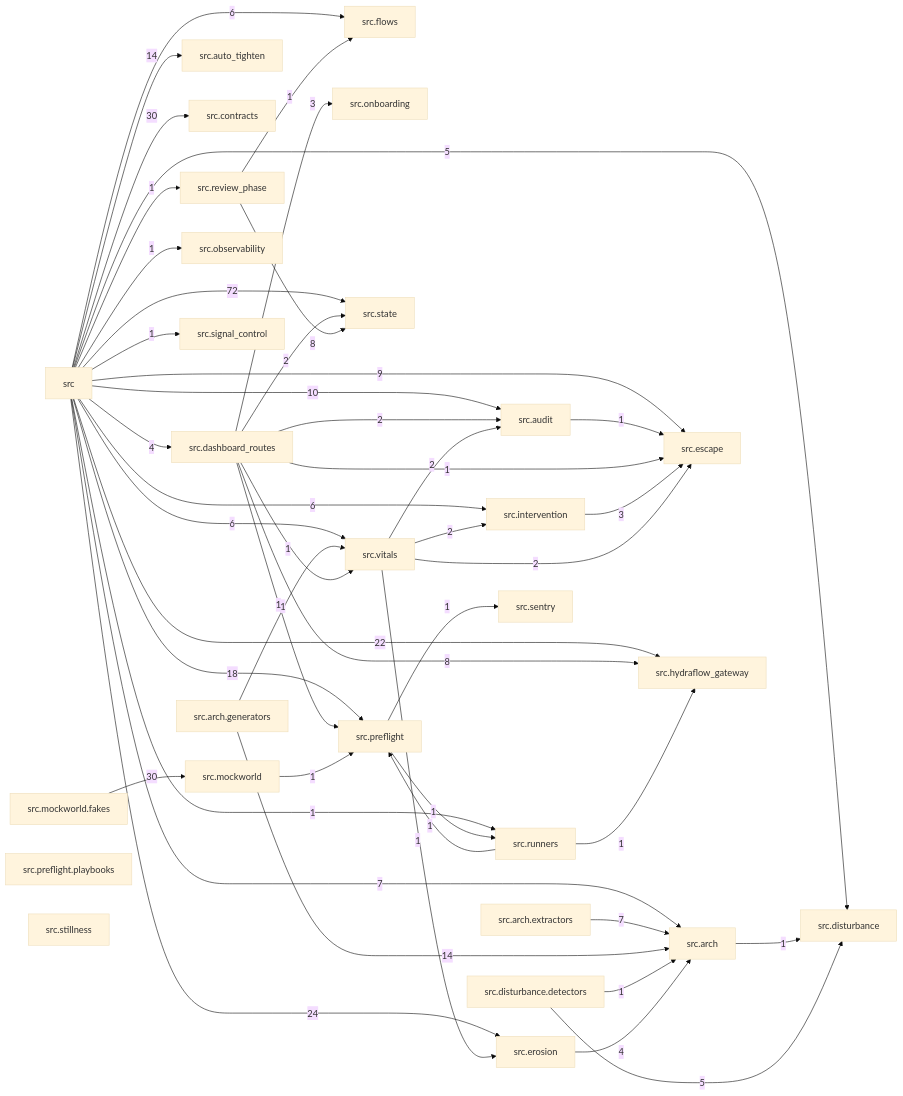
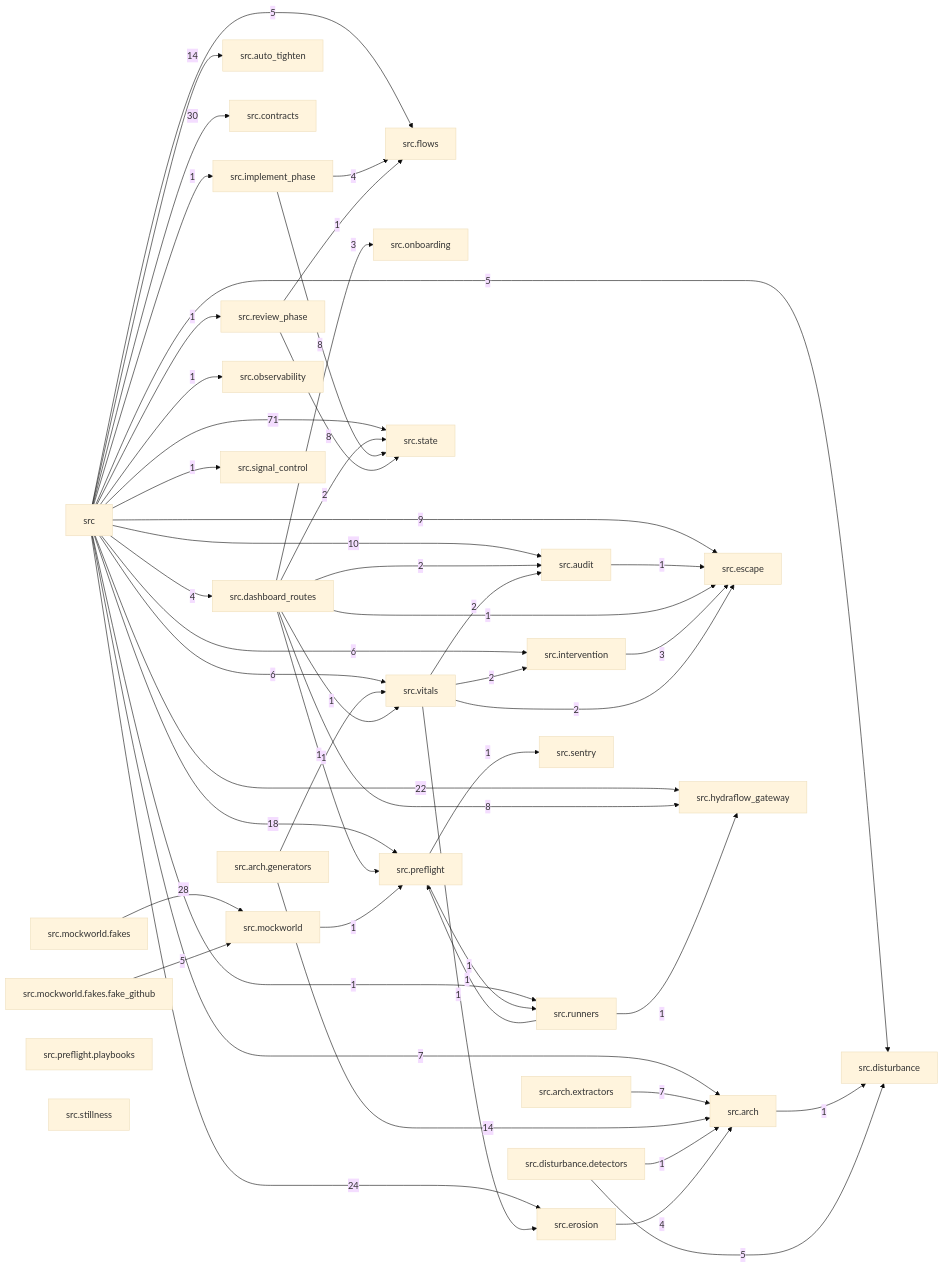
One commit to T-rav/hydraflow changed the diagram in docs/arch/generated/modules.md. Above: the diagram before and after it, drawn with Mermaid (base theme). The commit also changed 49 other files, not shown here.

First line of the commit message:
refactor(implement,mockworld): decompose ImplementPhase and FakeGitHub into mixin packages (#11658)

```diff
--- a/docs/arch/generated/modules.md
+++ b/docs/arch/generated/modules.md
@@ -20,9 +20,11 @@
     src_escape["src.escape"]
     src_flows["src.flows"]
     src_hydraflow_gateway["src.hydraflow_gateway"]
+    src_implement_phase["src.implement_phase"]
     src_intervention["src.intervention"]
     src_mockworld["src.mockworld"]
     src_mockworld_fakes["src.mockworld.fakes"]
+    src_mockworld_fakes_fake_github["src.mockworld.fakes.fake_github"]
     src_observability["src.observability"]
     src_onboarding["src.onboarding"]
     src_preflight["src.preflight"]
@@ -42,15 +44,16 @@
     src -- "5" --> src_disturbance
     src -- "24" --> src_erosion
     src -- "9" --> src_escape
-    src -- "6" --> src_flows
+    src -- "5" --> src_flows
     src -- "22" --> src_hydraflow_gateway
+    src -- "1" --> src_implement_phase
     src -- "6" --> src_intervention
     src -- "1" --> src_observability
     src -- "18" --> src_preflight
     src -- "1" --> src_review_phase
     src -- "1" --> src_runners
     src -- "1" --> src_signal_control
-    src -- "72" --> src_state
+    src -- "71" --> src_state
     src -- "6" --> src_vitals
     src_arch -- "1" --> src_disturbance
     src_arch_extractors -- "7" --> src_arch
@@ -67,9 +70,12 @@
     src_disturbance_detectors -- "1" --> src_arch
     src_disturbance_detectors -- "5" --> src_disturbance
     src_erosion -- "4" --> src_arch
+    src_implement_phase -- "4" --> src_flows
+    src_implement_phase -- "8" --> src_state
     src_intervention -- "3" --> src_escape
     src_mockworld -- "1" --> src_preflight
-    src_mockworld_fakes -- "30" --> src_mockworld
+    src_mockworld_fakes -- "28" --> src_mockworld
+    src_mockworld_fakes_fake_github -- "5" --> src_mockworld
     src_preflight -- "1" --> src_runners
     src_preflight -- "1" --> src_sentry
     src_review_phase -- "1" --> src_flows
```
